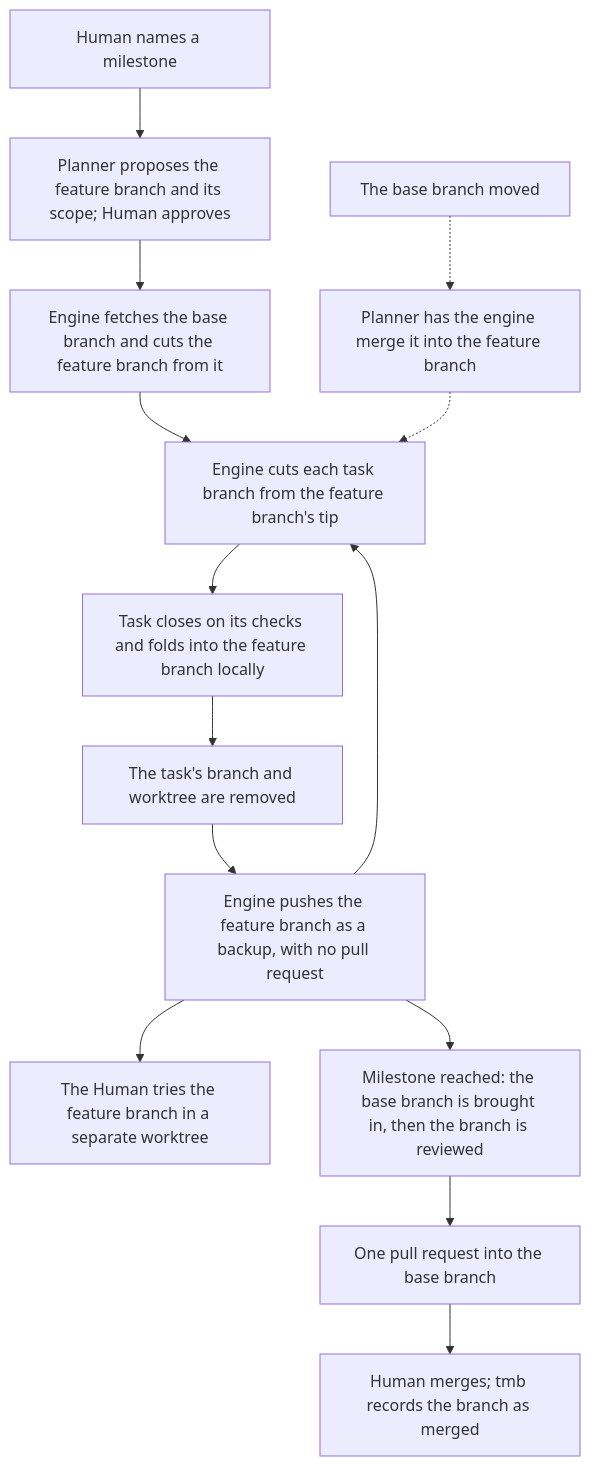
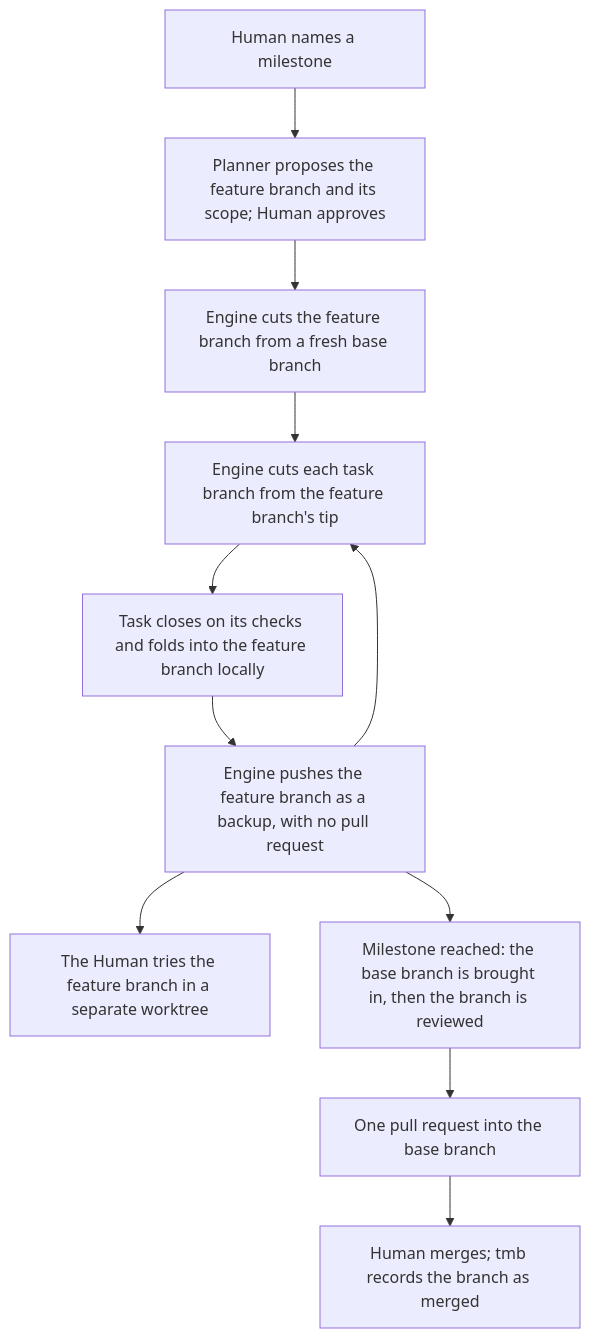
Before and after one commit to trustmybot/tmb: the third of 8 diagrams in docs/flows/3_WORKFLOW.md, drawn with Mermaid. The commit also changed other lines of this file and 26 other files, not shown here.

First line of the commit message:
📝 docs: shorten every page to its own area, split the two schemas into detail pages

````diff
--- a/docs/flows/3_WORKFLOW.md
+++ b/docs/flows/3_WORKFLOW.md
@@ -84,16 +76,13 @@
 ```mermaid
 flowchart TD
     A[Human names a milestone] --> B[Planner proposes the feature branch and its scope; Human approves]
-    B --> C[Engine fetches the base branch and cuts the feature branch from it]
+    B --> C[Engine cuts the feature branch from a fresh base branch]
     C --> D["Engine cuts each task branch from the feature branch's tip"]
     D --> E[Task closes on its checks and folds into the feature branch locally]
-    E --> X[The task's branch and worktree are removed]
-    X --> F[Engine pushes the feature branch as a backup, with no pull request]
+    E --> F[Engine pushes the feature branch as a backup, with no pull request]
     F --> D
-    G[The base branch moved] -.-> H[Planner has the engine merge it into the feature branch]
-    H -.-> D
     F --> T[The Human tries the feature branch in a separate worktree]
     F --> M[Milestone reached: the base branch is brought in, then the branch is reviewed]
     M --> P[One pull request into the base branch]
     P --> Z[Human merges; tmb records the branch as merged]
 ```
````
